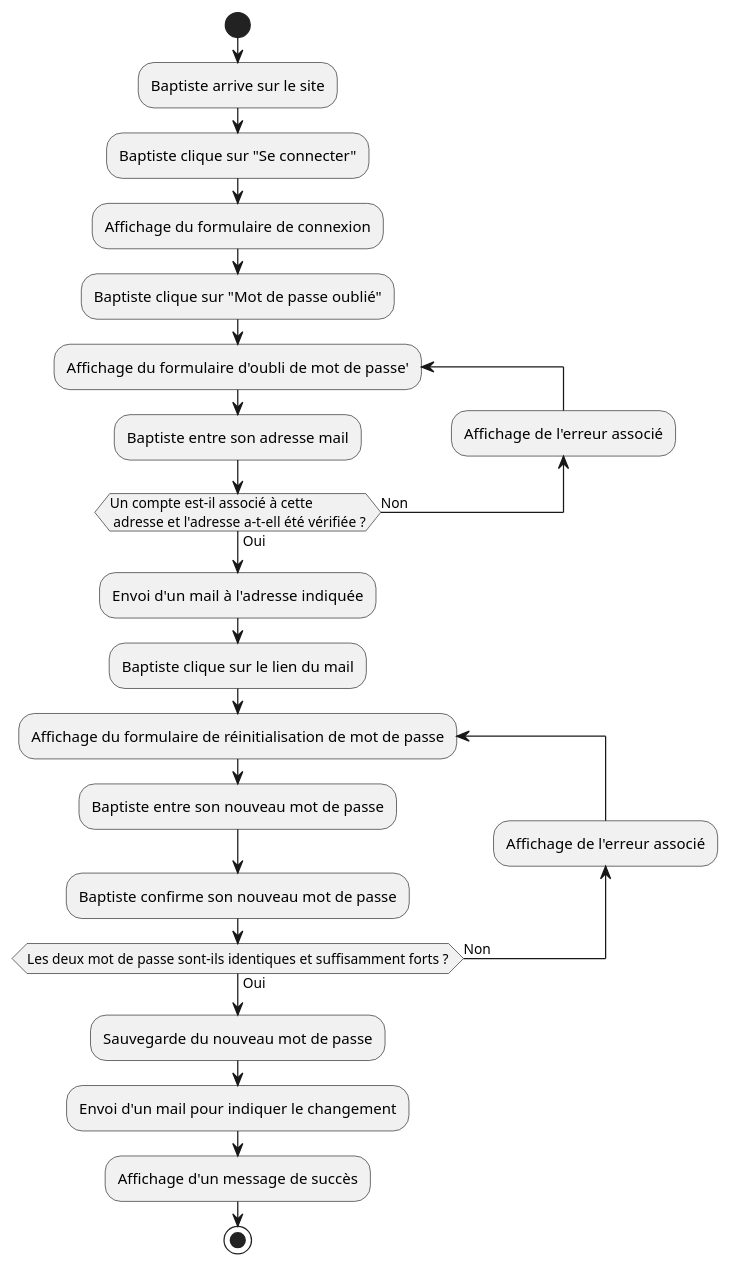
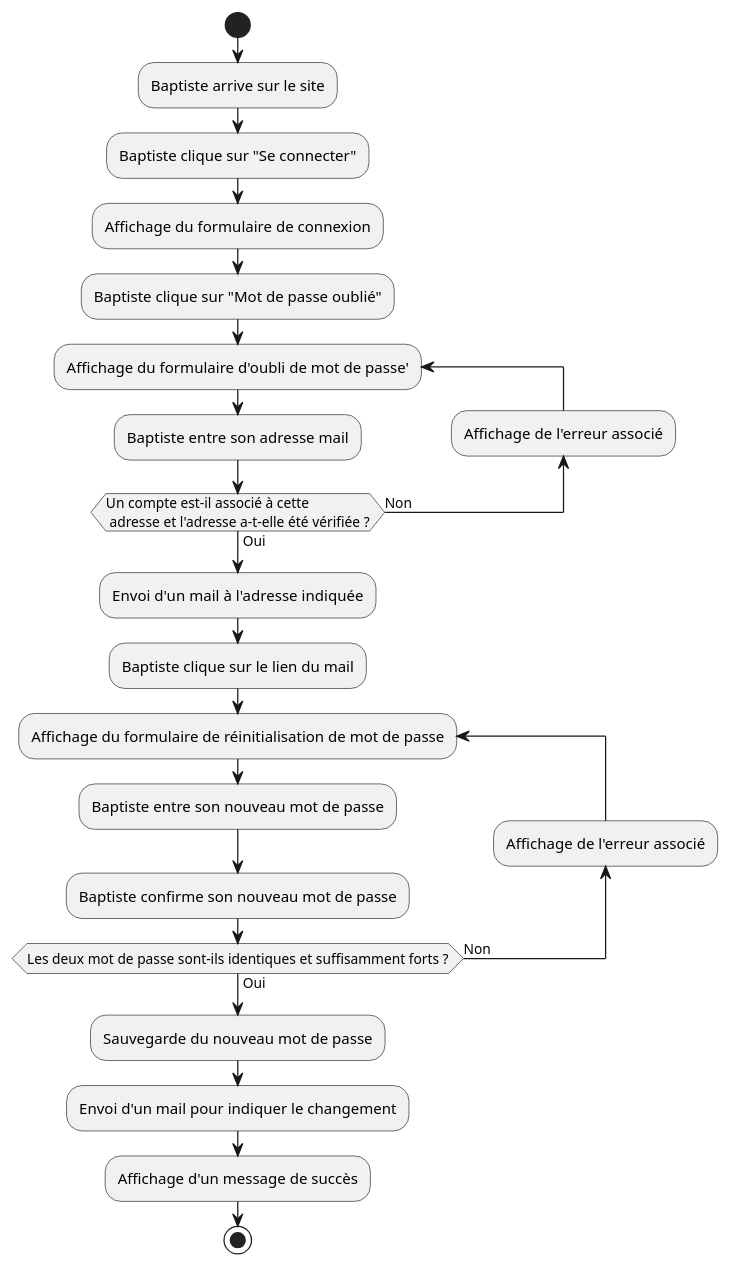
The diagram in diagrams/client_password_reset.puml (Gumpah/project_6), drawn with PlantUML before and after one commit. The commit also changed 7 other files, not shown here.

Commit message:
Updating diagrams

```diff
--- a/diagrams/client_password_reset.puml
+++ b/diagrams/client_password_reset.puml
@@ -1,25 +1,25 @@
 @startuml
 'https://plantuml.com/activity-diagram-beta
 
 start
 :Baptiste arrive sur le site;
 :Baptiste clique sur "Se connecter";
 :Affichage du formulaire de connexion;
 :Baptiste clique sur "Mot de passe oublié";
 repeat :Affichage du formulaire d'oubli de mot de passe';
 :Baptiste entre son adresse mail;
 backward:Affichage de l'erreur associé;
-repeat while (Un compte est-il associé à cette\n adresse et l'adresse a-t-ell été vérifiée ?) is (Non) not (Oui)
+repeat while (Un compte est-il associé à cette\n adresse et l'adresse a-t-elle été vérifiée ?) is (Non) not (Oui)
 :Envoi d'un mail à l'adresse indiquée;
 :Baptiste clique sur le lien du mail;
 repeat :Affichage du formulaire de réinitialisation de mot de passe;
 :Baptiste entre son nouveau mot de passe;
 :Baptiste confirme son nouveau mot de passe;
 backward:Affichage de l'erreur associé;
 repeat while (Les deux mot de passe sont-ils identiques et suffisamment forts ?) is (Non) not (Oui)
 :Sauvegarde du nouveau mot de passe;
 :Envoi d'un mail pour indiquer le changement;
 :Affichage d'un message de succès;
 stop
 
 @enduml
```
